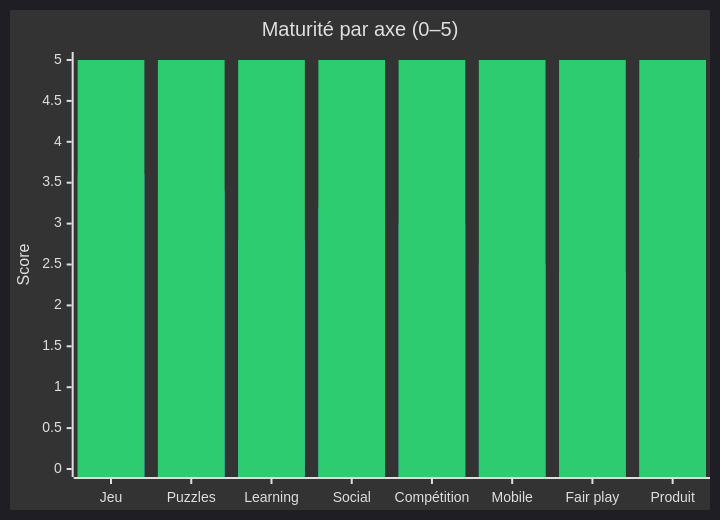
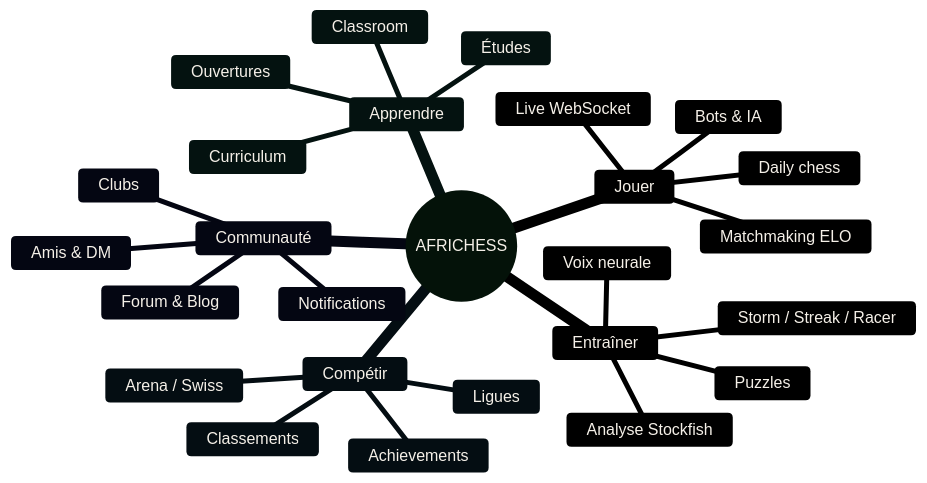
The first of 15 diagrams in README.md (MaximeKELI/AFRICHESS), drawn with Mermaid before and after one commit. The commit also changed other lines of this file, not shown here.

````diff
--- a/README.md
+++ b/README.md
@@ -105,9 +63,46 @@
 ```mermaid
-%%{init: {"theme": "dark", "themeVariables": {"primaryColor": "#1B7A3D", "lineColor": "#67E8F9"}}}%%
-xychart-beta
-    title "Maturité par axe (0–5)"
-    x-axis ["Jeu", "Puzzles", "Learning", "Social", "Compétition", "Mobile", "Fair play", "Produit"]
-    y-axis "Score" 0 --> 5
-    bar "AFRICHESS" [3.6, 3.4, 2.8, 3.2, 3.0, 2.5, 2.4, 3.8]
-    bar "Chess.com" [5, 5, 5, 5, 5, 5, 5, 5]
+%%{init: {
+  "theme": "base",
+  "themeVariables": {
+    "primaryColor": "#1B7A3D",
+    "primaryTextColor": "#F5F0E8",
+    "primaryBorderColor": "#D4A017",
+    "lineColor": "#D4A017",
+    "secondaryColor": "#0A0E14",
+    "tertiaryColor": "#161B22",
+    "background": "#0A0E14",
+    "mainBkg": "#121820",
+    "nodeBorder": "#D4A017",
+    "clusterBkg": "#0D1117",
+    "titleColor": "#D4A017",
+    "edgeLabelBackground": "#0D1117"
+  }
+}}%%
+mindmap
+  root((AFRICHESS))
+    Jouer
+      Live WebSocket
+      Matchmaking ELO
+      Bots & IA
+      Daily chess
+    Entraîner
+      Puzzles
+      Storm / Streak / Racer
+      Analyse Stockfish
+      Voix neurale
+    Apprendre
+      Curriculum
+      Ouvertures
+      Études
+      Classroom
+    Compétir
+      Arena / Swiss
+      Ligues
+      Classements
+      Achievements
+    Communauté
+      Clubs
+      Amis & DM
+      Forum & Blog
+      Notifications
 ```
````
